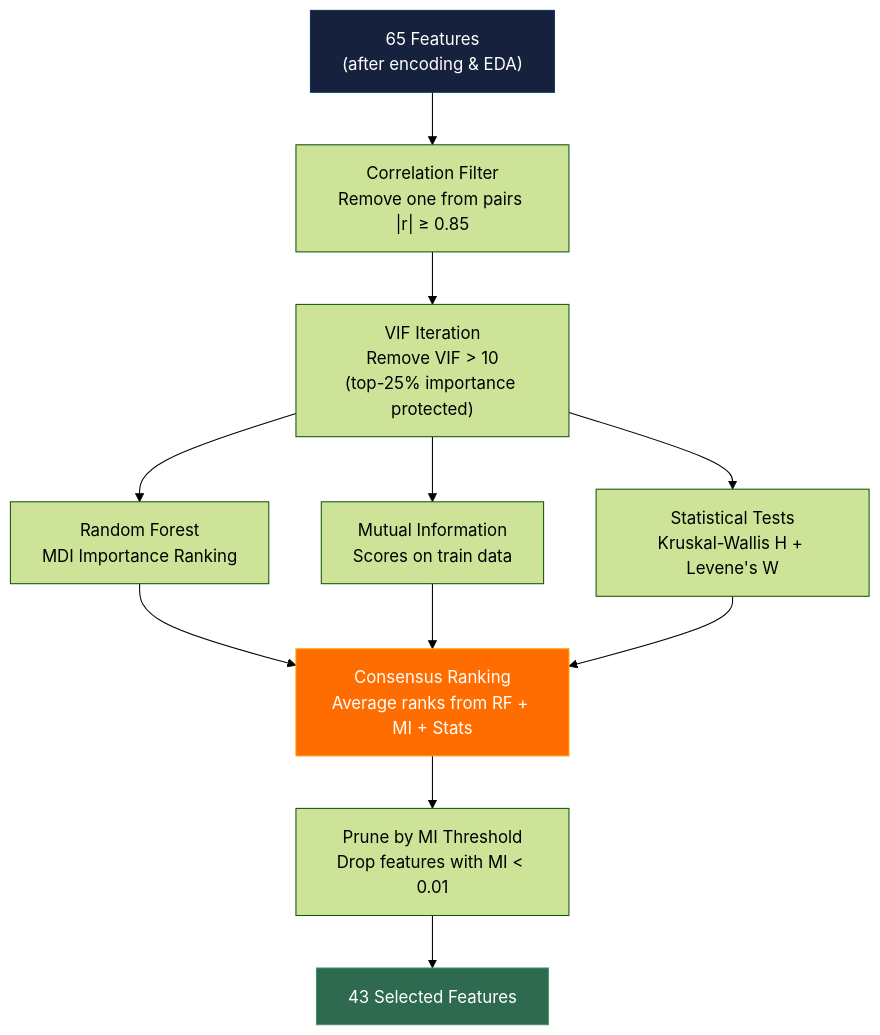
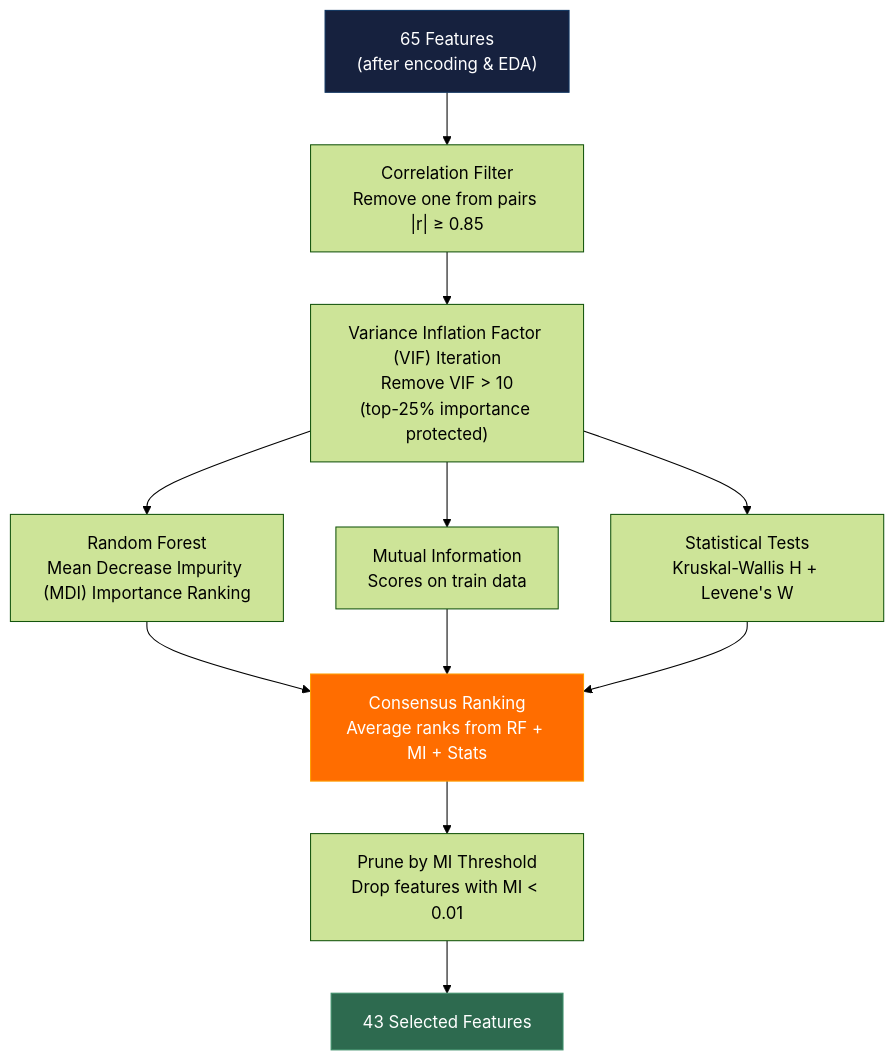
The third of 7 diagrams in PIPELINE_FLOW_CLEAN.md (VICKYPATIL2525/Mindspace-ml-pipeline-text-to-mentel-health-class), drawn with Mermaid (forest theme) before and after one commit. The commit also changed other lines of this file, not shown here.

Commit message:
Flow update

````diff
--- a/PIPELINE_FLOW_CLEAN.md
+++ b/PIPELINE_FLOW_CLEAN.md
@@ -131,25 +131,25 @@
 ```mermaid
 flowchart TD
     START["65 Features\n(after encoding & EDA)"]
     CORR["Correlation Filter\nRemove one from pairs |r| ≥ 0.85"]
-    VIF["VIF Iteration\nRemove VIF > 10\n(top-25% importance protected)"]
-    RF["Random Forest\nMDI Importance Ranking"]
+    VIF["Variance Inflation Factor (VIF) Iteration\nRemove VIF > 10\n(top-25% importance protected)"]
+    RF["Random Forest\nMean Decrease Impurity (MDI) Importance Ranking"]
     MI["Mutual Information\nScores on train data"]
     STAT["Statistical Tests\nKruskal-Wallis H + Levene's W"]
     CONSENSUS["Consensus Ranking\nAverage ranks from RF + MI + Stats"]
     PRUNE["Prune by MI Threshold\nDrop features with MI < 0.01"]
     FINAL["43 Selected Features"]
 
     START --> CORR --> VIF
     VIF --> RF
     VIF --> MI
     VIF --> STAT
     RF --> CONSENSUS
     MI --> CONSENSUS
     STAT --> CONSENSUS
     CONSENSUS --> PRUNE --> FINAL
 
     style START fill:#16213e,stroke:#0f3460,color:#fff
     style FINAL fill:#2d6a4f,stroke:#40916c,color:#fff
     style CONSENSUS fill:#ff6d00,stroke:#ff9e00,color:#fff
 ```
````
